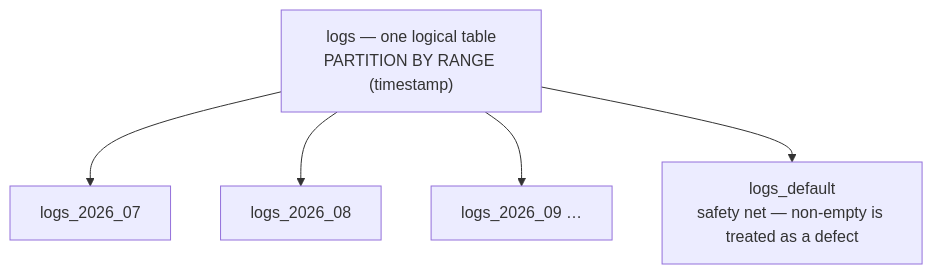
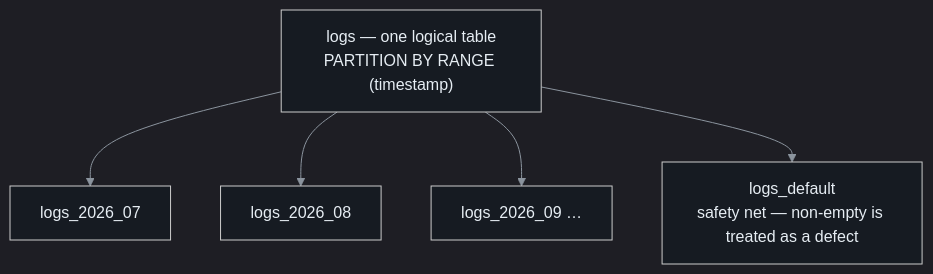
The second of 4 diagrams in docs/SCHEMA.md (QutaibaAbualrob/foothill_logs_server), drawn with Mermaid before and after one commit. The commit also changed other lines of this file and 5 other files, not shown here.

````diff
--- a/docs/SCHEMA.md
+++ b/docs/SCHEMA.md
@@ -88,8 +89,9 @@
 ```mermaid
+%%{init: {"theme":"dark","themeVariables":{"background":"#0D1117","mainBkg":"#161B22","primaryColor":"#161B22","primaryTextColor":"#E6EDF3","primaryBorderColor":"#30363D","secondaryColor":"#21262D","tertiaryColor":"#161B22","lineColor":"#8B949E","textColor":"#E6EDF3","clusterBkg":"#161B22","clusterBorder":"#30363D","titleColor":"#E6EDF3","edgeLabelBackground":"#0D1117","pie1":"#58A6FF","pie2":"#F0883E","pie3":"#3FB950","pie4":"#8B949E","pieTitleTextColor":"#E6EDF3","pieSectionTextColor":"#0D1117","pieLegendTextColor":"#E6EDF3","pieStrokeColor":"#30363D","pieOuterStrokeColor":"#30363D","cScale0":"#161B22","cScale1":"#21262D","cScale2":"#161B22","cScaleLabel0":"#E6EDF3","cScaleLabel1":"#E6EDF3","cScaleLabel2":"#E6EDF3"}}}%%
 flowchart TD
     L["logs — one logical table<br/>PARTITION BY RANGE (timestamp)"]
     L --> P1["logs_2026_07"]
     L --> P2["logs_2026_08"]
     L --> P3["logs_2026_09 …"]
     L --> D["logs_default<br/>safety net — non-empty is treated as a defect"]
 ```
````
